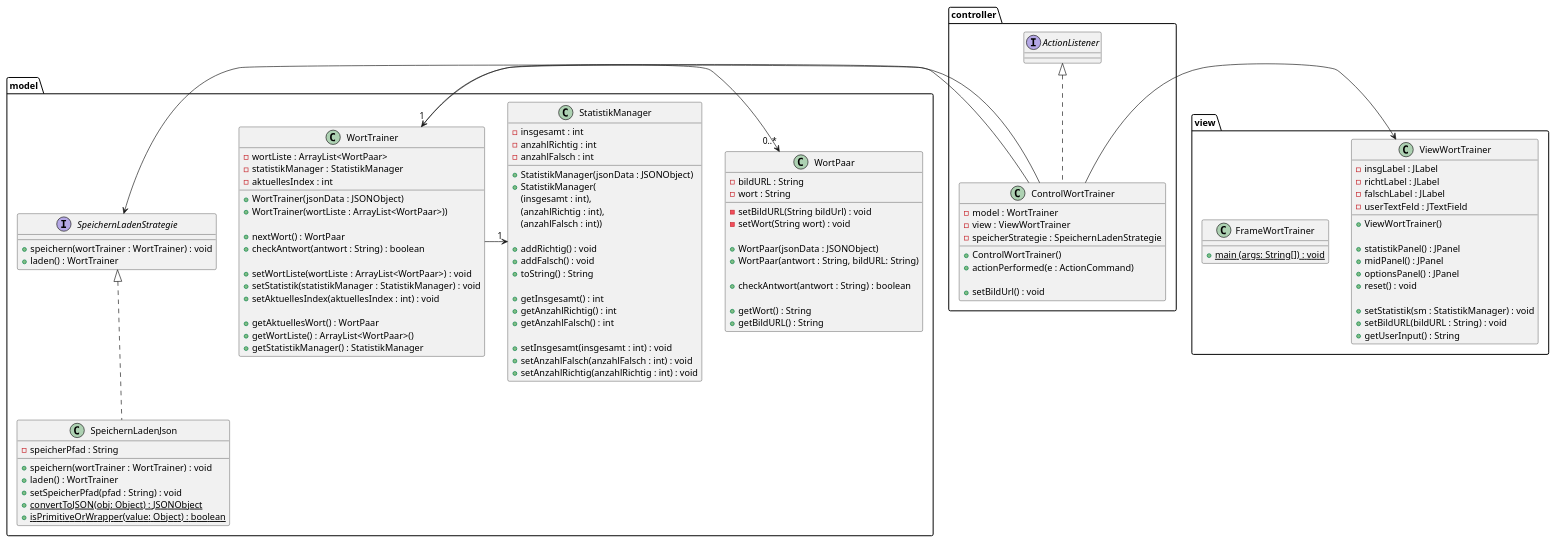
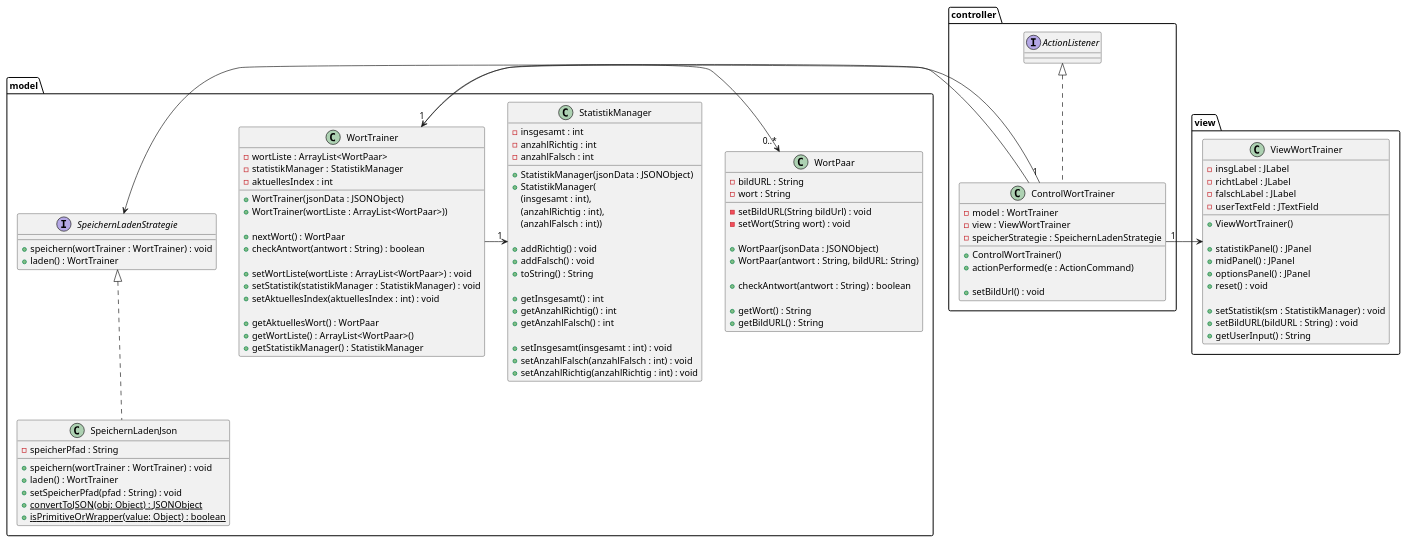
Before and after one commit to TGM-HIT/sew9-2425-worttrainer-aaabdulkarim: the diagram in Worttrainer_UML.puml, drawn with PlantUML. The commit also changed 64 other files, not shown here.

```diff
--- a/Worttrainer_UML.puml
+++ b/Worttrainer_UML.puml
@@ -1,133 +1,130 @@
 @startuml
 'https://plantuml.com/class-diagram
 
 package model {
 
     class WortPaar {
         - bildURL : String
         - wort : String
 
         - setBildURL(String bildUrl) : void
         - setWort(String wort) : void
 
         + WortPaar(jsonData : JSONObject)
         + WortPaar(antwort : String, bildURL: String)
 
         + checkAntwort(antwort : String) : boolean
 
         + getWort() : String
         + getBildURL() : String
 
     }
 
     class WortTrainer {
         - wortListe : ArrayList<WortPaar>
         - statistikManager : StatistikManager
         - aktuellesIndex : int
 
         + WortTrainer(jsonData : JSONObject)
         + WortTrainer(wortListe : ArrayList<WortPaar>))
 
         + nextWort() : WortPaar
         + checkAntwort(antwort : String) : boolean
 
         + setWortListe(wortListe : ArrayList<WortPaar>) : void
         + setStatistik(statistikManager : StatistikManager) : void
         + setAktuellesIndex(aktuellesIndex : int) : void
 
         + getAktuellesWort() : WortPaar
         + getWortListe() : ArrayList<WortPaar>()
         + getStatistikManager() : StatistikManager
 
     }
 
     class StatistikManager {
         - insgesamt : int
         - anzahlRichtig : int
         - anzahlFalsch : int
 
         + StatistikManager(jsonData : JSONObject)
         + StatistikManager(
         (insgesamt : int),
         (anzahlRichtig : int),
         (anzahlFalsch : int))
 
         + addRichtig() : void
         + addFalsch() : void
         + toString() : String
 
         + getInsgesamt() : int
         + getAnzahlRichtig() : int
         + getAnzahlFalsch() : int
 
         + setInsgesamt(insgesamt : int) : void
         + setAnzahlFalsch(anzahlFalsch : int) : void
         + setAnzahlRichtig(anzahlRichtig : int) : void
     }
 
     interface SpeichernLadenStrategie{
         + speichern(wortTrainer : WortTrainer) : void
         + laden() : WortTrainer
     }
 
     class SpeichernLadenJson implements SpeichernLadenStrategie{
         - speicherPfad : String
         + speichern(wortTrainer : WortTrainer) : void
         + laden() : WortTrainer
         + setSpeicherPfad(pfad : String) : void
         + {static} convertToJSON(obj: Object) : JSONObject
         + {static} isPrimitiveOrWrapper(value: Object) : boolean
     }
 }
 
 
 package view {
-    class FrameWortTrainer{
-        + {static} main (args: String[]) : void
-    }
 
     class ViewWortTrainer {
         - insgLabel : JLabel
         - richtLabel : JLabel
         - falschLabel : JLabel
         - userTextFeld : JTextField
         + ViewWortTrainer()
 
         + statistikPanel() : JPanel
         + midPanel() : JPanel
         + optionsPanel() : JPanel
         + reset() : void
 
         + setStatistik(sm : StatistikManager) : void
         + setBildURL(bildURL : String) : void
         + getUserInput() : String
 
 
     }
 }
 
 package controller {
     class ControlWortTrainer implements ActionListener{
         - model : WortTrainer
         - view : ViewWortTrainer
         - speicherStrategie : SpeichernLadenStrategie
 
         + ControlWortTrainer()
         + actionPerformed(e : ActionCommand)
 
         + setBildUrl() : void
         
     }
 }
 
 
 WortTrainer "1" -> "0..*" WortPaar
 WortTrainer -> "1" StatistikManager
 
 /' MVC Struktur'/
 ControlWortTrainer -> WortTrainer
-ControlWortTrainer -> ViewWortTrainer
-ControlWortTrainer -> SpeichernLadenStrategie
+ControlWortTrainer "1" -> ViewWortTrainer
+ControlWortTrainer "1" -> SpeichernLadenStrategie
 
 
 @enduml
```
